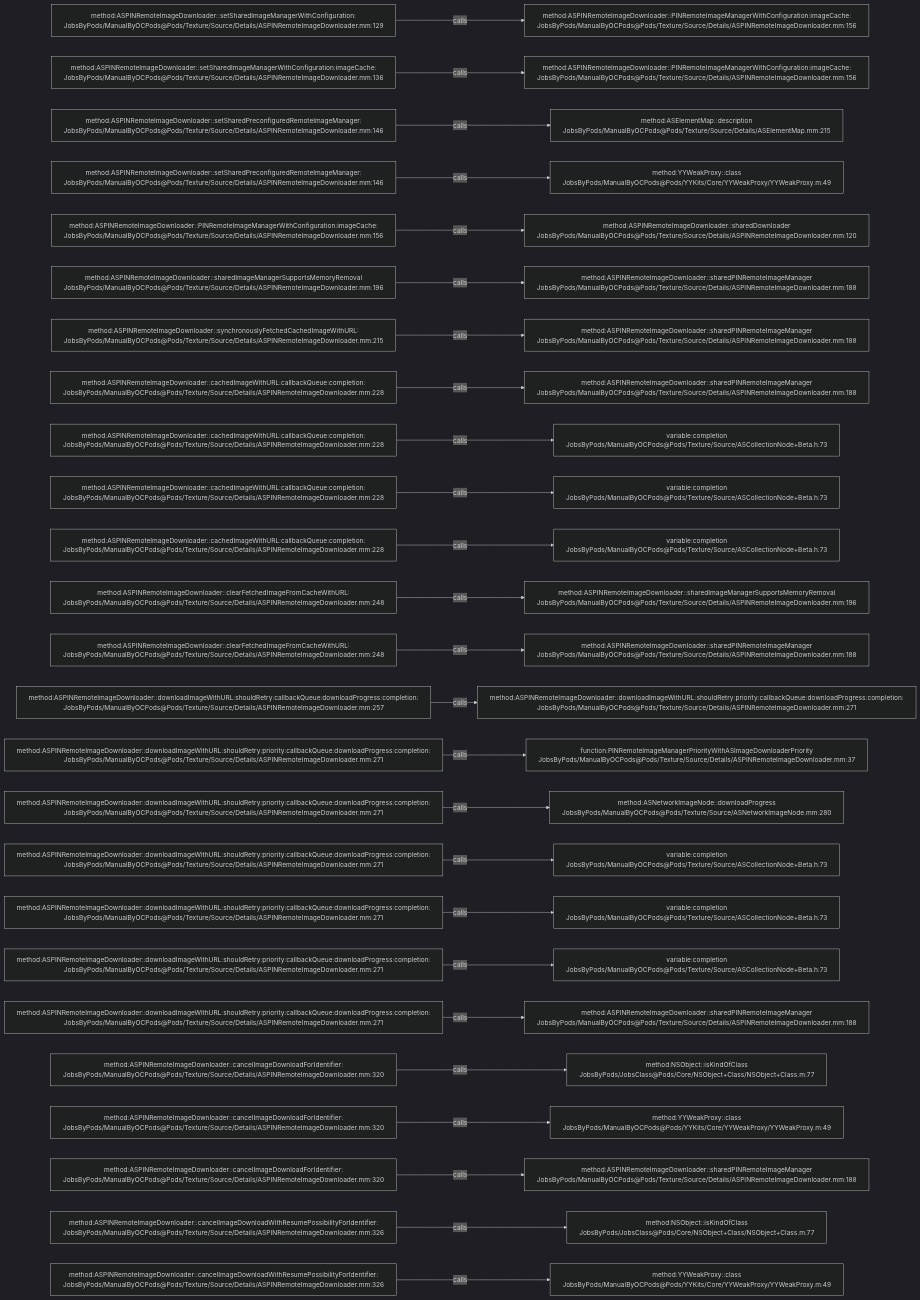
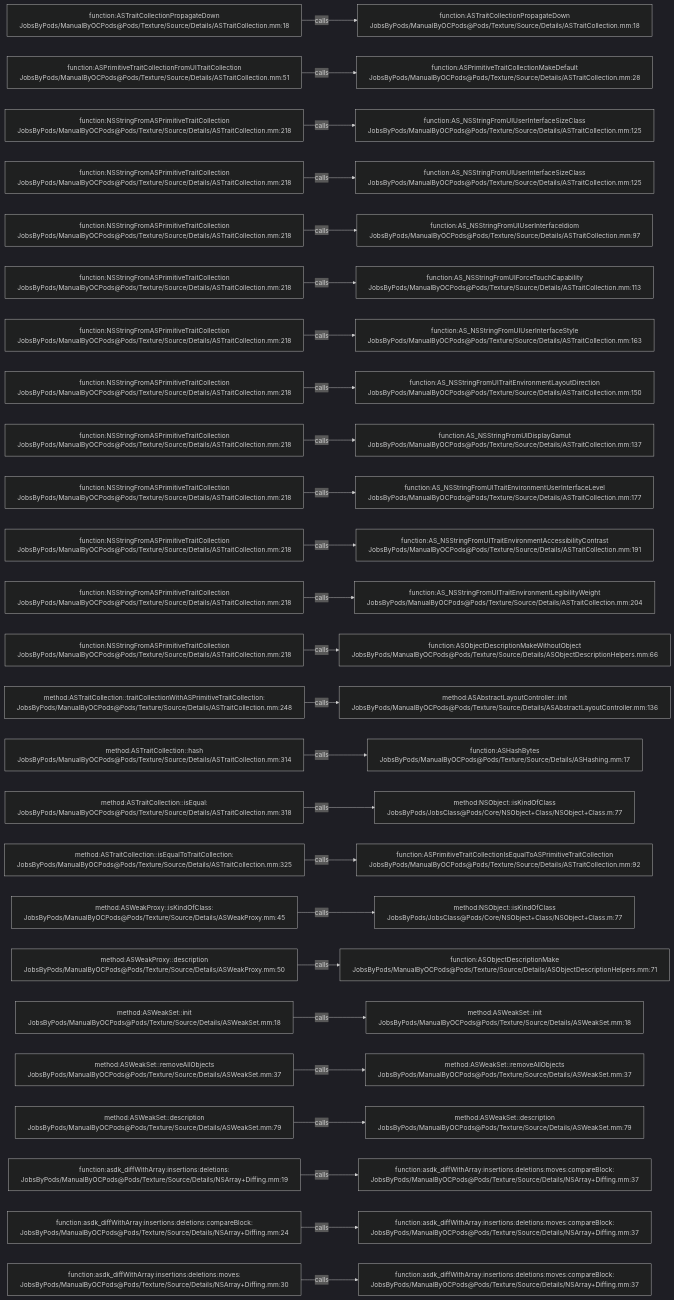
One commit to JobsKits/JobsOCBaseConfigDemo changed the diagram in .codegraph/codegraph.md/graphs/calls-169.md. Above: the diagram before and after it, drawn with Mermaid (dark theme). The commit also changed 1223 other files, not shown here.

````diff
--- a/.codegraph/codegraph.md/graphs/calls-169.md
+++ b/.codegraph/codegraph.md/graphs/calls-169.md
@@ -13,78 +13,78 @@
 ```mermaid
 flowchart LR
-  S1["method:ASPINRemoteImageDownloader::setSharedImageManagerWithConfiguration:<br/>JobsByPods/ManualByOCPods@Pods/Texture/Source/Details/ASPINRemoteImageDownloader.mm:129"]
-  T1["method:ASPINRemoteImageDownloader::PINRemoteImageManagerWithConfiguration:imageCache:<br/>JobsByPods/ManualByOCPods@Pods/Texture/Source/Details/ASPINRemoteImageDownloader.mm:156"]
+  S1["function:ASTraitCollectionPropagateDown<br/>JobsByPods/ManualByOCPods@Pods/Texture/Source/Details/ASTraitCollection.mm:18"]
+  T1["function:ASTraitCollectionPropagateDown<br/>JobsByPods/ManualByOCPods@Pods/Texture/Source/Details/ASTraitCollection.mm:18"]
   S1 -->|calls| T1
-  S2["method:ASPINRemoteImageDownloader::setSharedImageManagerWithConfiguration:imageCache:<br/>JobsByPods/ManualByOCPods@Pods/Texture/Source/Details/ASPINRemoteImageDownloader.mm:136"]
-  T2["method:ASPINRemoteImageDownloader::PINRemoteImageManagerWithConfiguration:imageCache:<br/>JobsByPods/ManualByOCPods@Pods/Texture/Source/Details/ASPINRemoteImageDownloader.mm:156"]
+  S2["function:ASPrimitiveTraitCollectionFromUITraitCollection<br/>JobsByPods/ManualByOCPods@Pods/Texture/Source/Details/ASTraitCollection.mm:51"]
+  T2["function:ASPrimitiveTraitCollectionMakeDefault<br/>JobsByPods/ManualByOCPods@Pods/Texture/Source/Details/ASTraitCollection.mm:28"]
   S2 -->|calls| T2
-  S3["method:ASPINRemoteImageDownloader::setSharedPreconfiguredRemoteImageManager:<br/>JobsByPods/ManualByOCPods@Pods/Texture/Source/Details/ASPINRemoteImageDownloader.mm:146"]
-  T3["method:ASElementMap::description<br/>JobsByPods/ManualByOCPods@Pods/Texture/Source/Details/ASElementMap.mm:215"]
+  S3["function:NSStringFromASPrimitiveTraitCollection<br/>JobsByPods/ManualByOCPods@Pods/Texture/Source/Details/ASTraitCollection.mm:218"]
+  T3["function:AS_NSStringFromUIUserInterfaceSizeClass<br/>JobsByPods/ManualByOCPods@Pods/Texture/Source/Details/ASTraitCollection.mm:125"]
   S3 -->|calls| T3
-  S4["method:ASPINRemoteImageDownloader::setSharedPreconfiguredRemoteImageManager:<br/>JobsByPods/ManualByOCPods@Pods/Texture/Source/Details/ASPINRemoteImageDownloader.mm:146"]
-  T4["method:YYWeakProxy::class<br/>JobsByPods/ManualByOCPods@Pods/YYKits/Core/YYWeakProxy/YYWeakProxy.m:49"]
+  S4["function:NSStringFromASPrimitiveTraitCollection<br/>JobsByPods/ManualByOCPods@Pods/Texture/Source/Details/ASTraitCollection.mm:218"]
+  T4["function:AS_NSStringFromUIUserInterfaceSizeClass<br/>JobsByPods/ManualByOCPods@Pods/Texture/Source/Details/ASTraitCollection.mm:125"]
   S4 -->|calls| T4
-  S5["method:ASPINRemoteImageDownloader::PINRemoteImageManagerWithConfiguration:imageCache:<br/>JobsByPods/ManualByOCPods@Pods/Texture/Source/Details/ASPINRemoteImageDownloader.mm:156"]
-  T5["method:ASPINRemoteImageDownloader::sharedDownloader<br/>JobsByPods/ManualByOCPods@Pods/Texture/Source/Details/ASPINRemoteImageDownloader.mm:120"]
+  S5["function:NSStringFromASPrimitiveTraitCollection<br/>JobsByPods/ManualByOCPods@Pods/Texture/Source/Details/ASTraitCollection.mm:218"]
+  T5["function:AS_NSStringFromUIUserInterfaceIdiom<br/>JobsByPods/ManualByOCPods@Pods/Texture/Source/Details/ASTraitCollection.mm:97"]
   S5 -->|calls| T5
-  S6["method:ASPINRemoteImageDownloader::sharedImageManagerSupportsMemoryRemoval<br/>JobsByPods/ManualByOCPods@Pods/Texture/Source/Details/ASPINRemoteImageDownloader.mm:196"]
-  T6["method:ASPINRemoteImageDownloader::sharedPINRemoteImageManager<br/>JobsByPods/ManualByOCPods@Pods/Texture/Source/Details/ASPINRemoteImageDownloader.mm:188"]
+  S6["function:NSStringFromASPrimitiveTraitCollection<br/>JobsByPods/ManualByOCPods@Pods/Texture/Source/Details/ASTraitCollection.mm:218"]
+  T6["function:AS_NSStringFromUIForceTouchCapability<br/>JobsByPods/ManualByOCPods@Pods/Texture/Source/Details/ASTraitCollection.mm:113"]
   S6 -->|calls| T6
-  S7["method:ASPINRemoteImageDownloader::synchronouslyFetchedCachedImageWithURL:<br/>JobsByPods/ManualByOCPods@Pods/Texture/Source/Details/ASPINRemoteImageDownloader.mm:215"]
-  T7["method:ASPINRemoteImageDownloader::sharedPINRemoteImageManager<br/>JobsByPods/ManualByOCPods@Pods/Texture/Source/Details/ASPINRemoteImageDownloader.mm:188"]
+  S7["function:NSStringFromASPrimitiveTraitCollection<br/>JobsByPods/ManualByOCPods@Pods/Texture/Source/Details/ASTraitCollection.mm:218"]
+  T7["function:AS_NSStringFromUIUserInterfaceStyle<br/>JobsByPods/ManualByOCPods@Pods/Texture/Source/Details/ASTraitCollection.mm:163"]
   S7 -->|calls| T7
-  S8["method:ASPINRemoteImageDownloader::cachedImageWithURL:callbackQueue:completion:<br/>JobsByPods/ManualByOCPods@Pods/Texture/Source/Details/ASPINRemoteImageDownloader.mm:228"]
-  T8["method:ASPINRemoteImageDownloader::sharedPINRemoteImageManager<br/>JobsByPods/ManualByOCPods@Pods/Texture/Source/Details/ASPINRemoteImageDownloader.mm:188"]
+  S8["function:NSStringFromASPrimitiveTraitCollection<br/>JobsByPods/ManualByOCPods@Pods/Texture/Source/Details/ASTraitCollection.mm:218"]
+  T8["function:AS_NSStringFromUITraitEnvironmentLayoutDirection<br/>JobsByPods/ManualByOCPods@Pods/Texture/Source/Details/ASTraitCollection.mm:150"]
   S8 -->|calls| T8
-  S9["method:ASPINRemoteImageDownloader::cachedImageWithURL:callbackQueue:completion:<br/>JobsByPods/ManualByOCPods@Pods/Texture/Source/Details/ASPINRemoteImageDownloader.mm:228"]
-  T9["variable:completion<br/>JobsByPods/ManualByOCPods@Pods/Texture/Source/ASCollectionNode+Beta.h:73"]
+  S9["function:NSStringFromASPrimitiveTraitCollection<br/>JobsByPods/ManualByOCPods@Pods/Texture/Source/Details/ASTraitCollection.mm:218"]
+  T9["function:AS_NSStringFromUIDisplayGamut<br/>JobsByPods/ManualByOCPods@Pods/Texture/Source/Details/ASTraitCollection.mm:137"]
   S9 -->|calls| T9
-  S10["method:ASPINRemoteImageDownloader::cachedImageWithURL:callbackQueue:completion:<br/>JobsByPods/ManualByOCPods@Pods/Texture/Source/Details/ASPINRemoteImageDownloader.mm:228"]
-  T10["variable:completion<br/>JobsByPods/ManualByOCPods@Pods/Texture/Source/ASCollectionNode+Beta.h:73"]
+  S10["function:NSStringFromASPrimitiveTraitCollection<br/>JobsByPods/ManualByOCPods@Pods/Texture/Source/Details/ASTraitCollection.mm:218"]
+  T10["function:AS_NSStringFromUITraitEnvironmentUserInterfaceLevel<br/>JobsByPods/ManualByOCPods@Pods/Texture/Source/Details/ASTraitCollection.mm:177"]
   S10 -->|calls| T10
-  S11["method:ASPINRemoteImageDownloader::cachedImageWithURL:callbackQueue:completion:<br/>JobsByPods/ManualByOCPods@Pods/Texture/Source/Details/ASPINRemoteImageDownloader.mm:228"]
-  T11["variable:completion<br/>JobsByPods/ManualByOCPods@Pods/Texture/Source/ASCollectionNode+Beta.h:73"]
+  S11["function:NSStringFromASPrimitiveTraitCollection<br/>JobsByPods/ManualByOCPods@Pods/Texture/Source/Details/ASTraitCollection.mm:218"]
+  T11["function:AS_NSStringFromUITraitEnvironmentAccessibilityContrast<br/>JobsByPods/ManualByOCPods@Pods/Texture/Source/Details/ASTraitCollection.mm:191"]
   S11 -->|calls| T11
-  S12["method:ASPINRemoteImageDownloader::clearFetchedImageFromCacheWithURL:<br/>JobsByPods/ManualByOCPods@Pods/Texture/Source/Details/ASPINRemoteImageDownloader.mm:248"]
-  T12["method:ASPINRemoteImageDownloader::sharedImageManagerSupportsMemoryRemoval<br/>JobsByPods/ManualByOCPods@Pods/Texture/Source/Details/ASPINRemoteImageDownloader.mm:196"]
+  S12["function:NSStringFromASPrimitiveTraitCollection<br/>JobsByPods/ManualByOCPods@Pods/Texture/Source/Details/ASTraitCollection.mm:218"]
+  T12["function:AS_NSStringFromUITraitEnvironmentLegibilityWeight<br/>JobsByPods/ManualByOCPods@Pods/Texture/Source/Details/ASTraitCollection.mm:204"]
   S12 -->|calls| T12
-  S13["method:ASPINRemoteImageDownloader::clearFetchedImageFromCacheWithURL:<br/>JobsByPods/ManualByOCPods@Pods/Texture/Source/Details/ASPINRemoteImageDownloader.mm:248"]
-  T13["method:ASPINRemoteImageDownloader::sharedPINRemoteImageManager<br/>JobsByPods/ManualByOCPods@Pods/Texture/Source/Details/ASPINRemoteImageDownloader.mm:188"]
+  S13["function:NSStringFromASPrimitiveTraitCollection<br/>JobsByPods/ManualByOCPods@Pods/Texture/Source/Details/ASTraitCollection.mm:218"]
+  T13["function:ASObjectDescriptionMakeWithoutObject<br/>JobsByPods/ManualByOCPods@Pods/Texture/Source/Details/ASObjectDescriptionHelpers.mm:66"]
   S13 -->|calls| T13
-  S14["method:ASPINRemoteImageDownloader::downloadImageWithURL:shouldRetry:callbackQueue:downloadProgress:completion:<br/>JobsByPods/ManualByOCPods@Pods/Texture/Source/Details/ASPINRemoteImageDownloader.mm:257"]
-  T14["method:ASPINRemoteImageDownloader::downloadImageWithURL:shouldRetry:priority:callbackQueue:downloadProgress:completion:<br/>JobsByPods/ManualByOCPods@Pods/Texture/Source/Details/ASPINRemoteImageDownloader.mm:271"]
+  S14["method:ASTraitCollection::traitCollectionWithASPrimitiveTraitCollection:<br/>JobsByPods/ManualByOCPods@Pods/Texture/Source/Details/ASTraitCollection.mm:248"]
+  T14["method:ASAbstractLayoutController::init<br/>JobsByPods/ManualByOCPods@Pods/Texture/Source/Details/ASAbstractLayoutController.mm:136"]
   S14 -->|calls| T14
-  S15["method:ASPINRemoteImageDownloader::downloadImageWithURL:shouldRetry:priority:callbackQueue:downloadProgress:completion:<br/>JobsByPods/ManualByOCPods@Pods/Texture/Source/Details/ASPINRemoteImageDownloader.mm:271"]
-  T15["function:PINRemoteImageManagerPriorityWithASImageDownloaderPriority<br/>JobsByPods/ManualByOCPods@Pods/Texture/Source/Details/ASPINRemoteImageDownloader.mm:37"]
+  S15["method:ASTraitCollection::hash<br/>JobsByPods/ManualByOCPods@Pods/Texture/Source/Details/ASTraitCollection.mm:314"]
+  T15["function:ASHashBytes<br/>JobsByPods/ManualByOCPods@Pods/Texture/Source/Details/ASHashing.mm:17"]
   S15 -->|calls| T15
-  S16["method:ASPINRemoteImageDownloader::downloadImageWithURL:shouldRetry:priority:callbackQueue:downloadProgress:completion:<br/>JobsByPods/ManualByOCPods@Pods/Texture/Source/Details/ASPINRemoteImageDownloader.mm:271"]
-  T16["method:ASNetworkImageNode::downloadProgress<br/>JobsByPods/ManualByOCPods@Pods/Texture/Source/ASNetworkImageNode.mm:280"]
+  S16["method:ASTraitCollection::isEqual:<br/>JobsByPods/ManualByOCPods@Pods/Texture/Source/Details/ASTraitCollection.mm:318"]
+  T16["method:NSObject::isKindOfClass<br/>JobsByPods/JobsClass@Pods/Core/NSObject+Class/NSObject+Class.m:77"]
   S16 -->|calls| T16
-  S17["method:ASPINRemoteImageDownloader::downloadImageWithURL:shouldRetry:priority:callbackQueue:downloadProgress:completion:<br/>JobsByPods/ManualByOCPods@Pods/Texture/Source/Details/ASPINRemoteImageDownloader.mm:271"]
-  T17["variable:completion<br/>JobsByPods/ManualByOCPods@Pods/Texture/Source/ASCollectionNode+Beta.h:73"]
+  S17["method:ASTraitCollection::isEqualToTraitCollection:<br/>JobsByPods/ManualByOCPods@Pods/Texture/Source/Details/ASTraitCollection.mm:325"]
+  T17["function:ASPrimitiveTraitCollectionIsEqualToASPrimitiveTraitCollection<br/>JobsByPods/ManualByOCPods@Pods/Texture/Source/Details/ASTraitCollection.mm:92"]
   S17 -->|calls| T17
-  S18["method:ASPINRemoteImageDownloader::downloadImageWithURL:shouldRetry:priority:callbackQueue:downloadProgress:completion:<br/>JobsByPods/ManualByOCPods@Pods/Texture/Source/Details/ASPINRemoteImageDownloader.mm:271"]
-  T18["variable:completion<br/>JobsByPods/ManualByOCPods@Pods/Texture/Source/ASCollectionNode+Beta.h:73"]
+  S18["method:ASWeakProxy::isKindOfClass:<br/>JobsByPods/ManualByOCPods@Pods/Texture/Source/Details/ASWeakProxy.mm:45"]
+  T18["method:NSObject::isKindOfClass<br/>JobsByPods/JobsClass@Pods/Core/NSObject+Class/NSObject+Class.m:77"]
   S18 -->|calls| T18
-  S19["method:ASPINRemoteImageDownloader::downloadImageWithURL:shouldRetry:priority:callbackQueue:downloadProgress:completion:<br/>JobsByPods/ManualByOCPods@Pods/Texture/Source/Details/ASPINRemoteImageDownloader.mm:271"]
-  T19["variable:completion<br/>JobsByPods/ManualByOCPods@Pods/Texture/Source/ASCollectionNode+Beta.h:73"]
+  S19["method:ASWeakProxy::description<br/>JobsByPods/ManualByOCPods@Pods/Texture/Source/Details/ASWeakProxy.mm:50"]
+  T19["function:ASObjectDescriptionMake<br/>JobsByPods/ManualByOCPods@Pods/Texture/Source/Details/ASObjectDescriptionHelpers.mm:71"]
   S19 -->|calls| T19
-  S20["method:ASPINRemoteImageDownloader::downloadImageWithURL:shouldRetry:priority:callbackQueue:downloadProgress:completion:<br/>JobsByPods/ManualByOCPods@Pods/Texture/Source/Details/ASPINRemoteImageDownloader.mm:271"]
-  T20["method:ASPINRemoteImageDownloader::sharedPINRemoteImageManager<br/>JobsByPods/ManualByOCPods@Pods/Texture/Source/Details/ASPINRemoteImageDownloader.mm:188"]
+  S20["method:ASWeakSet::init<br/>JobsByPods/ManualByOCPods@Pods/Texture/Source/Details/ASWeakSet.mm:18"]
+  T20["method:ASWeakSet::init<br/>JobsByPods/ManualByOCPods@Pods/Texture/Source/Details/ASWeakSet.mm:18"]
   S20 -->|calls| T20
-  S21["method:ASPINRemoteImageDownloader::cancelImageDownloadForIdentifier:<br/>JobsByPods/ManualByOCPods@Pods/Texture/Source/Details/ASPINRemoteImageDownloader.mm:320"]
-  T21["method:NSObject::isKindOfClass<br/>JobsByPods/JobsClass@Pods/Core/NSObject+Class/NSObject+Class.m:77"]
+  S21["method:ASWeakSet::removeAllObjects<br/>JobsByPods/ManualByOCPods@Pods/Texture/Source/Details/ASWeakSet.mm:37"]
+  T21["method:ASWeakSet::removeAllObjects<br/>JobsByPods/ManualByOCPods@Pods/Texture/Source/Details/ASWeakSet.mm:37"]
   S21 -->|calls| T21
-  S22["method:ASPINRemoteImageDownloader::cancelImageDownloadForIdentifier:<br/>JobsByPods/ManualByOCPods@Pods/Texture/Source/Details/ASPINRemoteImageDownloader.mm:320"]
-  T22["method:YYWeakProxy::class<br/>JobsByPods/ManualByOCPods@Pods/YYKits/Core/YYWeakProxy/YYWeakProxy.m:49"]
+  S22["method:ASWeakSet::description<br/>JobsByPods/ManualByOCPods@Pods/Texture/Source/Details/ASWeakSet.mm:79"]
+  T22["method:ASWeakSet::description<br/>JobsByPods/ManualByOCPods@Pods/Texture/Source/Details/ASWeakSet.mm:79"]
   S22 -->|calls| T22
-  S23["method:ASPINRemoteImageDownloader::cancelImageDownloadForIdentifier:<br/>JobsByPods/ManualByOCPods@Pods/Texture/Source/Details/ASPINRemoteImageDownloader.mm:320"]
-  T23["method:ASPINRemoteImageDownloader::sharedPINRemoteImageManager<br/>JobsByPods/ManualByOCPods@Pods/Texture/Source/Details/ASPINRemoteImageDownloader.mm:188"]
+  S23["function:asdk_diffWithArray:insertions:deletions:<br/>JobsByPods/ManualByOCPods@Pods/Texture/Source/Details/NSArray+Diffing.mm:19"]
+  T23["function:asdk_diffWithArray:insertions:deletions:moves:compareBlock:<br/>JobsByPods/ManualByOCPods@Pods/Texture/Source/Details/NSArray+Diffing.mm:37"]
   S23 -->|calls| T23
-  S24["method:ASPINRemoteImageDownloader::cancelImageDownloadWithResumePossibilityForIdentifier:<br/>JobsByPods/ManualByOCPods@Pods/Texture/Source/Details/ASPINRemoteImageDownloader.mm:326"]
-  T24["method:NSObject::isKindOfClass<br/>JobsByPods/JobsClass@Pods/Core/NSObject+Class/NSObject+Class.m:77"]
+  S24["function:asdk_diffWithArray:insertions:deletions:compareBlock:<br/>JobsByPods/ManualByOCPods@Pods/Texture/Source/Details/NSArray+Diffing.mm:24"]
+  T24["function:asdk_diffWithArray:insertions:deletions:moves:compareBlock:<br/>JobsByPods/ManualByOCPods@Pods/Texture/Source/Details/NSArray+Diffing.mm:37"]
   S24 -->|calls| T24
-  S25["method:ASPINRemoteImageDownloader::cancelImageDownloadWithResumePossibilityForIdentifier:<br/>JobsByPods/ManualByOCPods@Pods/Texture/Source/Details/ASPINRemoteImageDownloader.mm:326"]
-  T25["method:YYWeakProxy::class<br/>JobsByPods/ManualByOCPods@Pods/YYKits/Core/YYWeakProxy/YYWeakProxy.m:49"]
+  S25["function:asdk_diffWithArray:insertions:deletions:moves:<br/>JobsByPods/ManualByOCPods@Pods/Texture/Source/Details/NSArray+Diffing.mm:30"]
+  T25["function:asdk_diffWithArray:insertions:deletions:moves:compareBlock:<br/>JobsByPods/ManualByOCPods@Pods/Texture/Source/Details/NSArray+Diffing.mm:37"]
   S25 -->|calls| T25
 ```
````
